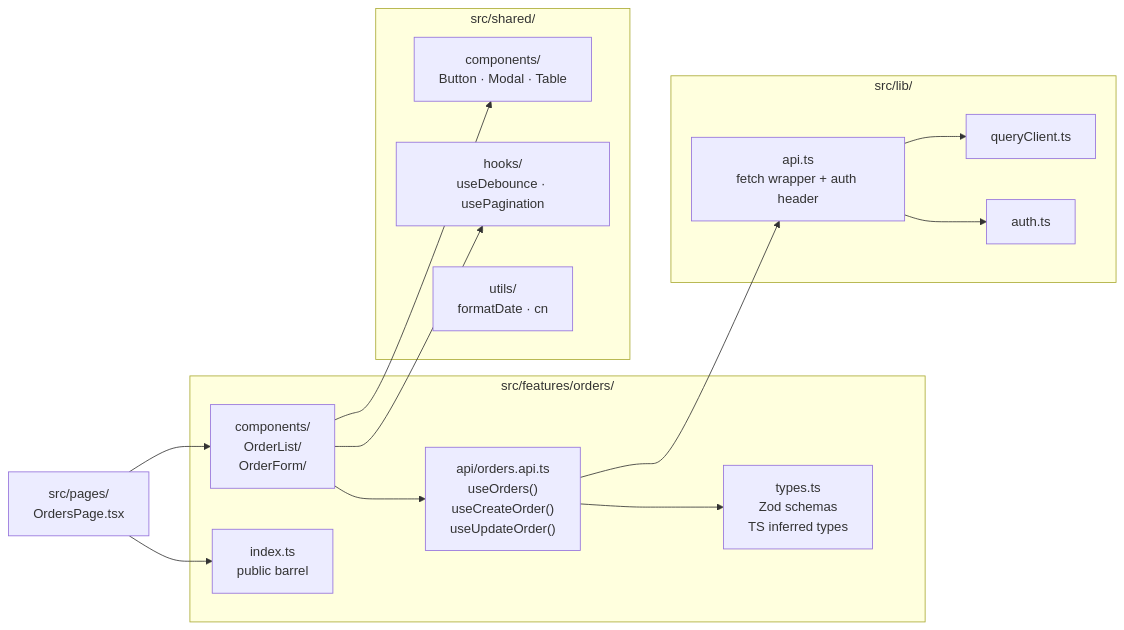
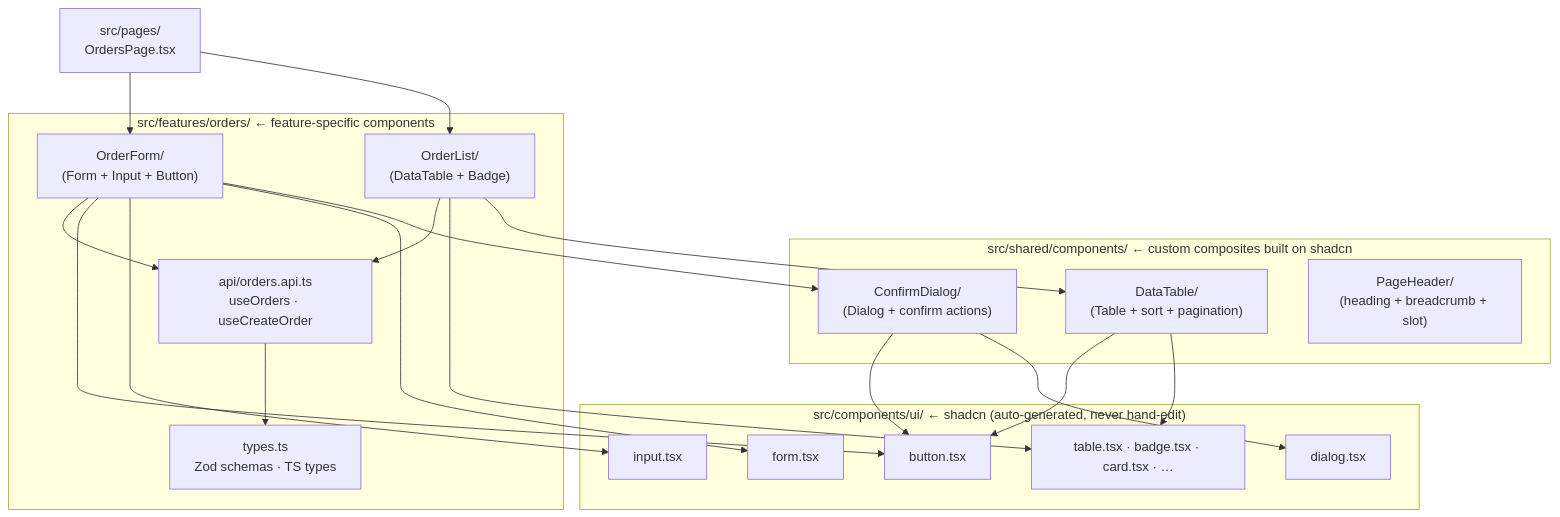
Before and after one commit to manikumarkv/devrunway-claude-plugin: the third of 8 diagrams in ARCHITECTURE.md, drawn with Mermaid. The commit also changed other lines of this file and 2 other files, not shown here.

````diff
--- a/ARCHITECTURE.md
+++ b/ARCHITECTURE.md
@@ -244,31 +269,39 @@
 ```mermaid
-flowchart LR
-    subgraph Feature["src/features/orders/"]
-        TYPES["types.ts\nZod schemas\nTS inferred types"]
-        API["api/orders.api.ts\nuseOrders()\nuseCreateOrder()\nuseUpdateOrder()"]
-        COMP["components/\nOrderList/\nOrderForm/"]
-        IDX["index.ts\npublic barrel"]
+flowchart TD
+    subgraph ShadcnUI["src/components/ui/  ← shadcn (auto-generated, never hand-edit)"]
+        SH1["button.tsx"]
+        SH2["input.tsx"]
+        SH3["dialog.tsx"]
+        SH4["form.tsx"]
+        SH5["table.tsx · badge.tsx · card.tsx · …"]
     end
 
-    subgraph Shared["src/shared/"]
-        SCOMP["components/\nButton · Modal · Table"]
-        HOOKS["hooks/\nuseDebounce · usePagination"]
-        UTILS["utils/\nformatDate · cn"]
+    subgraph SharedComps["src/shared/components/  ← custom composites built on shadcn"]
+        SC1["DataTable/\n(Table + sort + pagination)"]
+        SC2["ConfirmDialog/\n(Dialog + confirm actions)"]
+        SC3["PageHeader/\n(heading + breadcrumb + slot)"]
     end
 
-    subgraph Lib["src/lib/"]
-        QC["queryClient.ts"]
-        AUTH["auth.ts"]
-        APIL["api.ts\nfetch wrapper + auth header"]
+    subgraph Feature["src/features/orders/  ← feature-specific components"]
+        FC1["OrderList/\n(DataTable + Badge)"]
+        FC2["OrderForm/\n(Form + Input + Button)"]
+        FAPI["api/orders.api.ts\nuseOrders · useCreateOrder"]
+        FTYPE["types.ts\nZod schemas · TS types"]
     end
 
-    PAGE["src/pages/\nOrdersPage.tsx"] --> COMP
-    PAGE --> IDX
-    COMP --> API
-    COMP --> SCOMP
-    COMP --> HOOKS
-    API --> APIL
-    API --> TYPES
-    APIL --> AUTH
-    APIL --> QC
+    PAGE["src/pages/\nOrdersPage.tsx"] --> FC1
+    PAGE --> FC2
+    FC1 --> SC1
+    FC2 --> SC2
+    FC1 --> SH5
+    FC2 --> SH4
+    FC2 --> SH2
+    FC2 --> SH1
+    SC1 --> SH5
+    SC1 --> SH1
+    SC2 --> SH3
+    SC2 --> SH1
+    FC1 --> FAPI
+    FC2 --> FAPI
+    FAPI --> FTYPE
 ```
````
